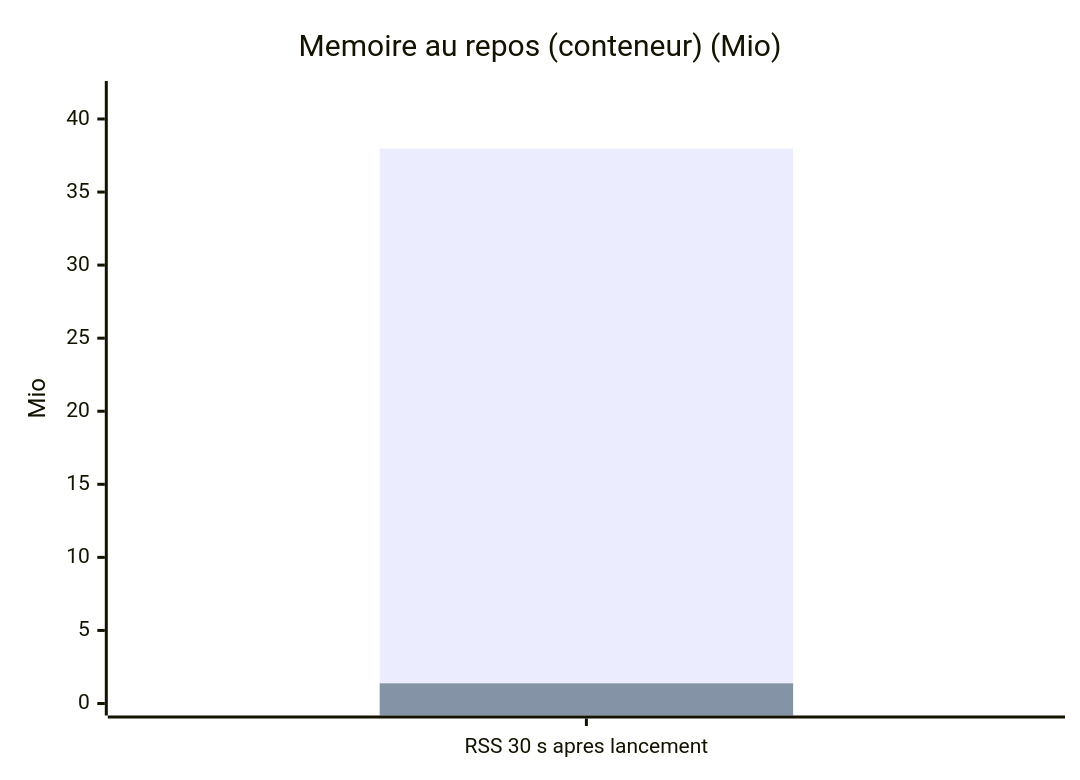
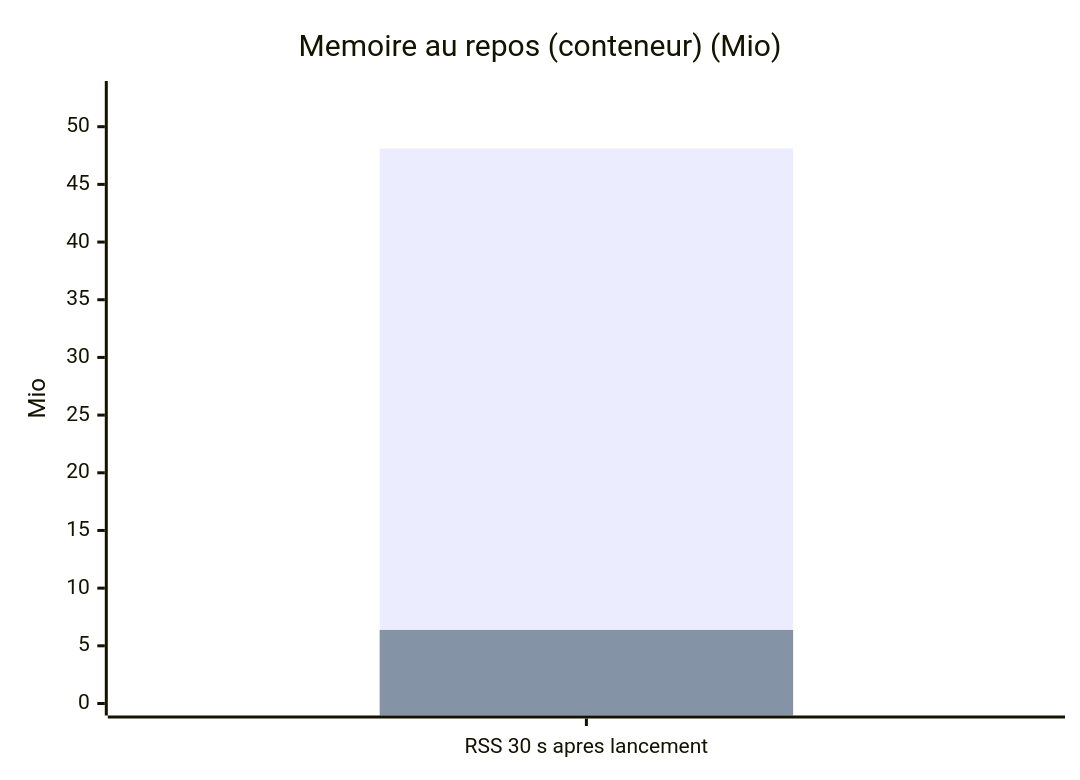
Before and after one commit to OverStyleFR/SocialVideoDownload.py: the fourth of 7 diagrams in docs/refonte-rust/graphes/mermaid.md, drawn with Mermaid. The commit also changed 8 other files, not shown here.

````diff
--- a/docs/refonte-rust/graphes/mermaid.md
+++ b/docs/refonte-rust/graphes/mermaid.md
@@ -41,8 +41,8 @@
 ```mermaid
 xychart-beta
     title "Memoire au repos (conteneur) (Mio)"
     x-axis ["RSS 30 s apres lancement"]
-    y-axis "Mio" 0 --> 41.778
-    bar [37.98]
-    bar [1.379]
+    y-axis "Mio" 0 --> 52.921
+    bar [48.11]
+    bar [6.375]
 ```
````
